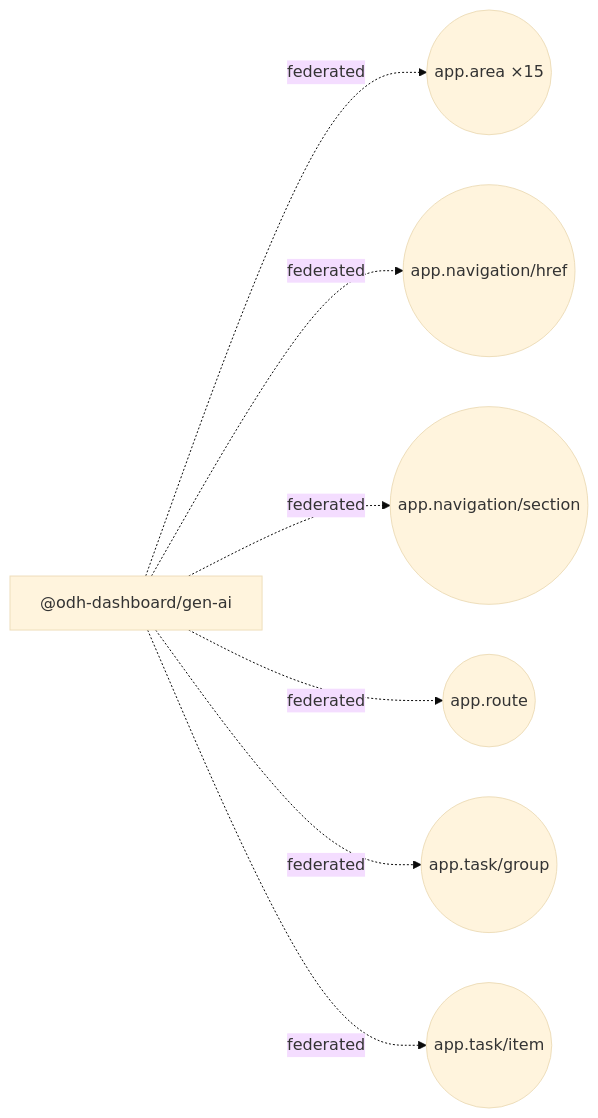
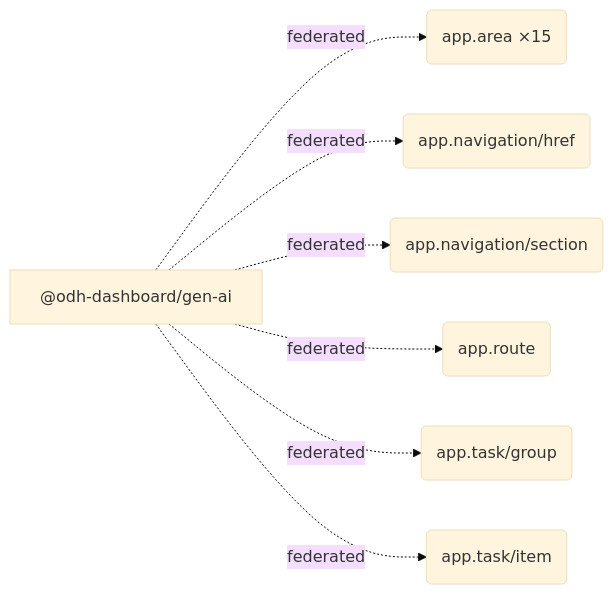
Before and after one commit to mturley/odh-dashboard: the first of 2 diagrams in packages/gen-ai/docs/extensions.md, drawn with Mermaid (base theme). The commit also changed other lines of this file and 24 other files, not shown here.

````diff
--- a/packages/gen-ai/docs/extensions.md
+++ b/packages/gen-ai/docs/extensions.md
@@ -29,16 +29,16 @@
 ```mermaid
 flowchart LR
   pkg_n__odh_dashboard_gen_ai_84b665["@odh-dashboard/gen-ai"]
-  point_n_app_area_bcfe23(("app.area ×15"))
+  point_n_app_area_bcfe23("app.area ×15")
   pkg_n__odh_dashboard_gen_ai_84b665 -. "federated" .-> point_n_app_area_bcfe23
-  point_n_app_navigation_href_67179c(("app.navigation/href"))
+  point_n_app_navigation_href_67179c("app.navigation/href")
   pkg_n__odh_dashboard_gen_ai_84b665 -. "federated" .-> point_n_app_navigation_href_67179c
-  point_n_app_navigation_section_34ff18(("app.navigation/section"))
+  point_n_app_navigation_section_34ff18("app.navigation/section")
   pkg_n__odh_dashboard_gen_ai_84b665 -. "federated" .-> point_n_app_navigation_section_34ff18
-  point_n_app_route_2735df(("app.route"))
+  point_n_app_route_2735df("app.route")
   pkg_n__odh_dashboard_gen_ai_84b665 -. "federated" .-> point_n_app_route_2735df
-  point_n_app_task_group_64e4cf(("app.task/group"))
+  point_n_app_task_group_64e4cf("app.task/group")
   pkg_n__odh_dashboard_gen_ai_84b665 -. "federated" .-> point_n_app_task_group_64e4cf
-  point_n_app_task_item_001b33(("app.task/item"))
+  point_n_app_task_item_001b33("app.task/item")
   pkg_n__odh_dashboard_gen_ai_84b665 -. "federated" .-> point_n_app_task_item_001b33
 ```
````
